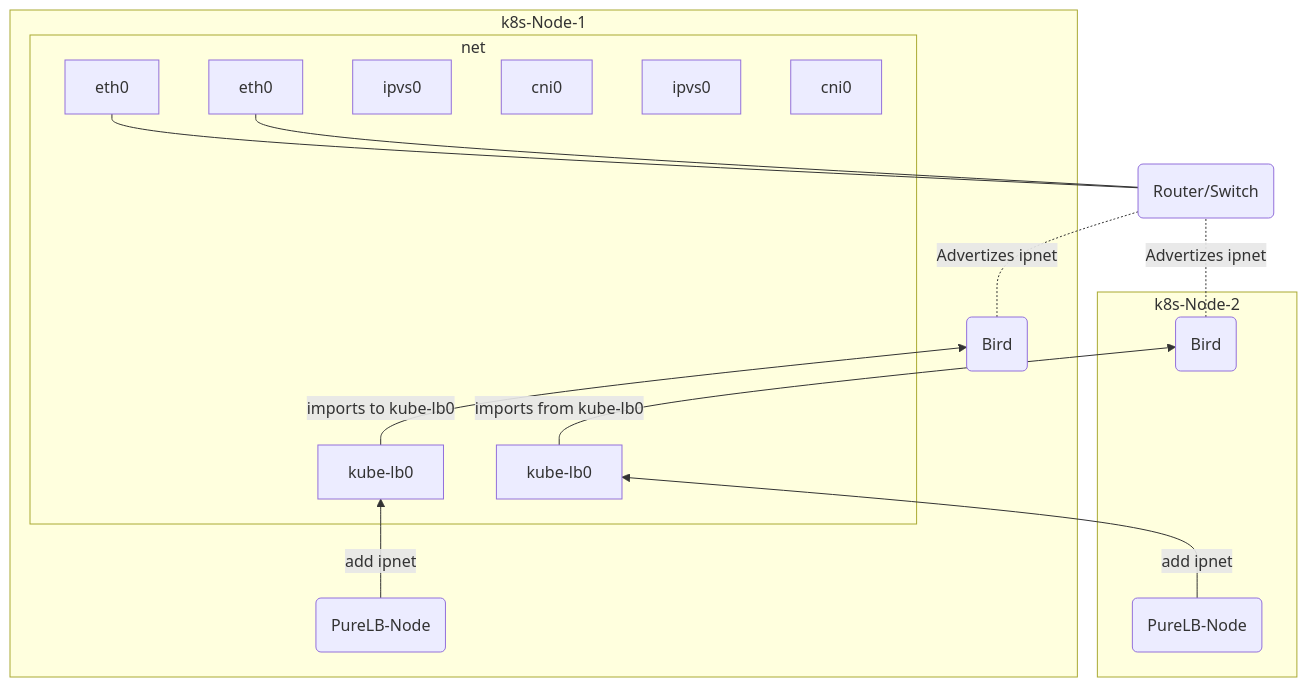
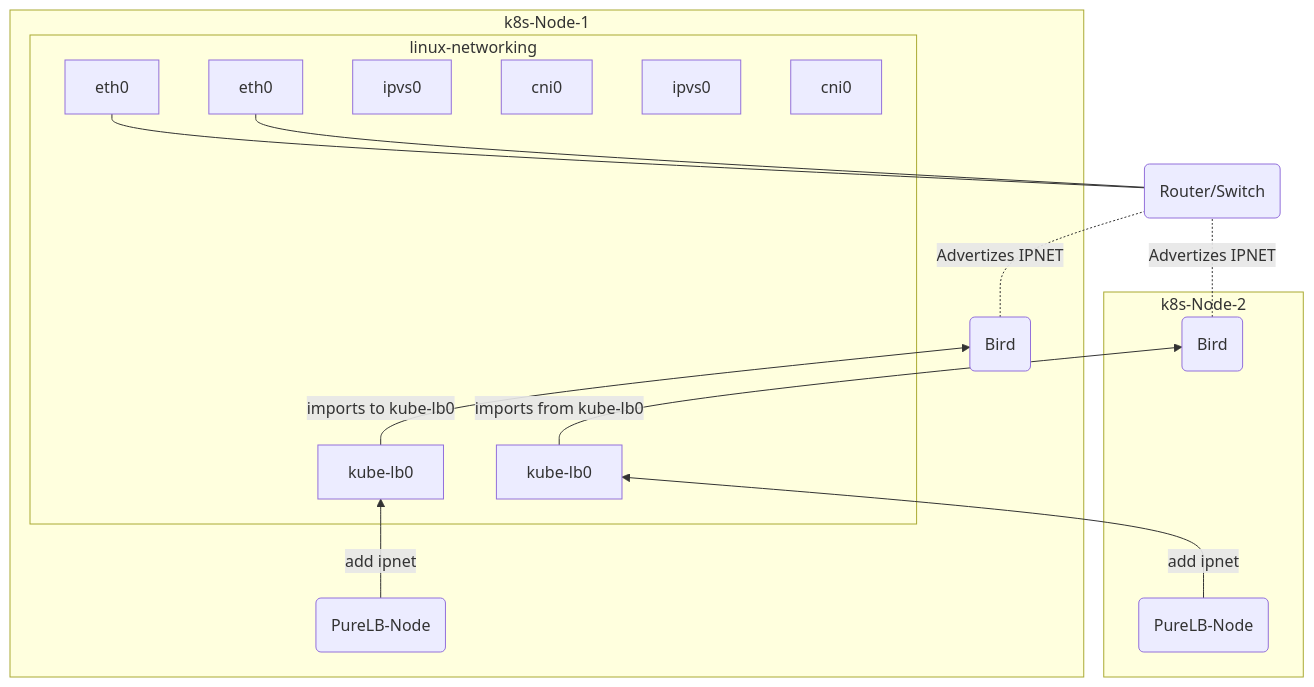
One commit to purelb/purelb changed the diagram in content/how_it_works/routers/_index.md. Above: the diagram before and after it, drawn with Mermaid. The commit also changed other lines of this file and 3 other files, not shown here.

```diff
--- a/content/how_it_works/routers/_index.md
+++ b/content/how_it_works/routers/_index.md
@@ -13,39 +13,39 @@
 {{<mermaid align="center">}}
 
   graph BT;
     
     A(Router/Switch);
     A---C4;
     A---D4;
-    C3-.-|Advertizes ipnet|A;
-    D3-.-|Advertizes ipnet|A;
+    C3-.-|Advertizes IPNET|A;
+    D3-.-|Advertizes IPNET|A;
     subgraph k8s-Node-1
       C1-->|add ipnet|C2;
       C2-->|imports to kube-lb0|C3;
       C1(PureLB-Node);  
       C3(Bird);
-      subgraph net
+      subgraph linux-networking
          C4[eth0];
          C2[kube-lb0];
          C5[ipvs0];
          C6[cni0];
       end
     end
     subgraph k8s-Node-2
       D1-->|add ipnet|D2;
       D2-->|imports from kube-lb0|D3;
       D1(PureLB-Node);
       
       D3(Bird);
      
-      subgraph net
+      subgraph linux-networking
          D4[eth0];
          D2[kube-lb0];
          D5[ipvs0];
          D6[cni0];
 
       end
     end
    
 
 {{</mermaid>}}
```
